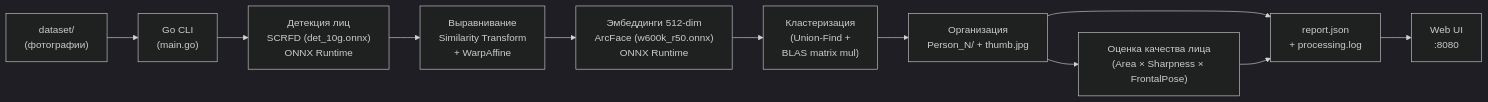
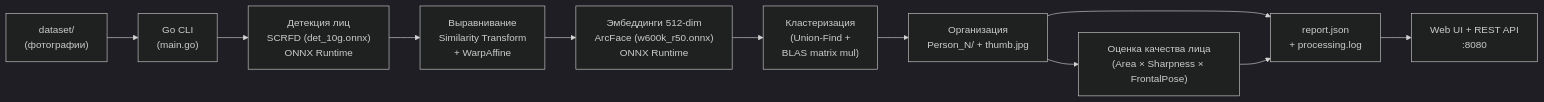
Before and after one commit to kont1n/VibeCoding: the diagram in README.md, drawn with Mermaid (dark theme). The commit also changed other lines of this file and 19 other files, not shown here.

````diff
--- a/README.md
+++ b/README.md
@@ -80,13 +100,13 @@
 ```mermaid
 flowchart LR
     A["dataset/\n(фотографии)"] --> B["Go CLI\n(main.go)"]
     B --> C["Детекция лиц\nSCRFD (det_10g.onnx)\nONNX Runtime"]
     C --> D["Выравнивание\nSimilarity Transform\n+ WarpAffine"]
     D --> E["Эмбеддинги 512-dim\nArcFace (w600k_r50.onnx)\nONNX Runtime"]
     E --> F["Кластеризация\n(Union-Find +\nBLAS matrix mul)"]
     F --> G["Организация\nPerson_N/ + thumb.jpg"]
     G --> H["report.json\n+ processing.log"]
-    H --> I["Web UI\n:8080"]
+    H --> I["Web UI + REST API\n:8080"]
     G --> J["Оценка качества лица\n(Area × Sharpness × FrontalPose)"]
     J --> H
 ```
````
